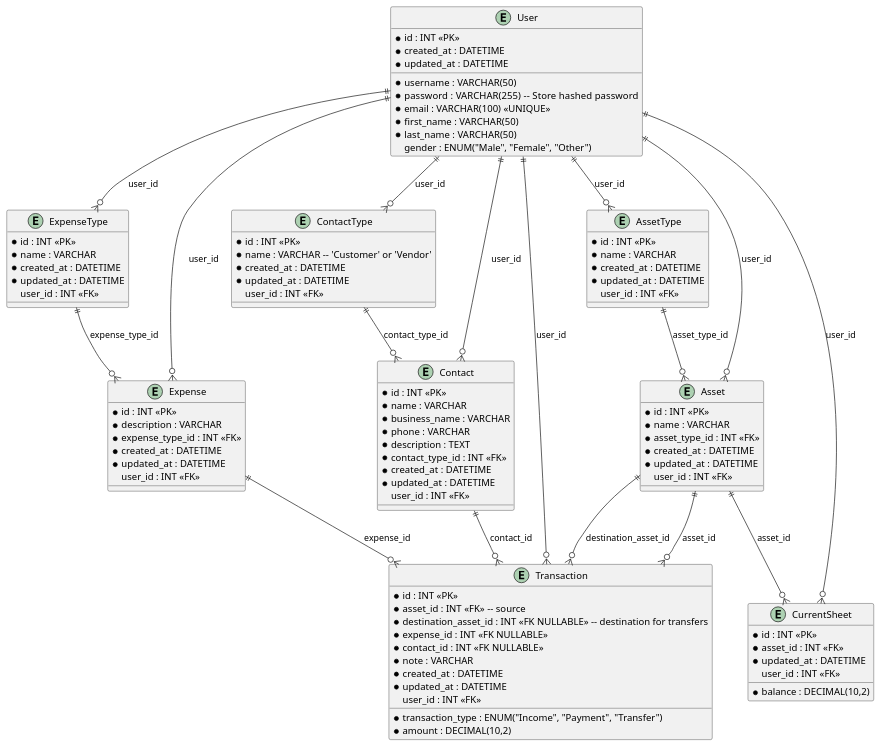
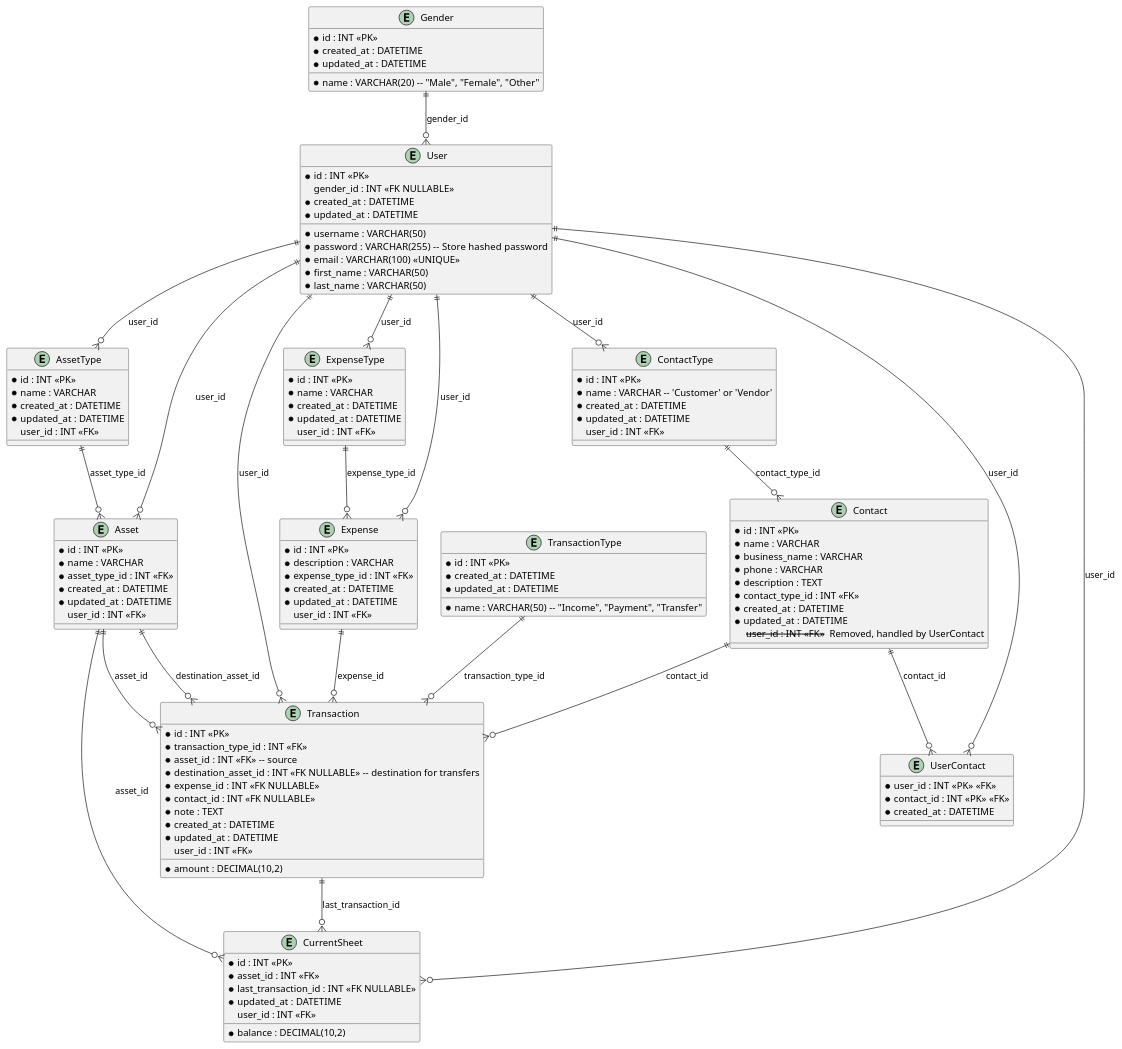
The diagram in docs/er.plantuml (otterdev0341/light-house-banking), drawn with PlantUML before and after one commit. The commit also changed 1 other file, not shown here.

Commit message:
update er

```diff
--- a/docs/er.plantuml
+++ b/docs/er.plantuml
@@ -1,108 +1,147 @@
 @startuml "light-house"
 
 entity AssetType {
   *id : INT <<PK>>
   *name : VARCHAR
   *created_at : DATETIME
   *updated_at : DATETIME
   user_id : INT <<FK>>
 }
 
 entity Asset {
   *id : INT <<PK>>
   *name : VARCHAR
   *asset_type_id : INT <<FK>>
   *created_at : DATETIME
   *updated_at : DATETIME
   user_id : INT <<FK>>
 }
 
 entity ExpenseType {
   *id : INT <<PK>>
   *name : VARCHAR
   *created_at : DATETIME
   *updated_at : DATETIME
   user_id : INT <<FK>>
 }
 
 entity Expense {
   *id : INT <<PK>>
   *description : VARCHAR
   *expense_type_id : INT <<FK>>
   *created_at : DATETIME
   *updated_at : DATETIME
-    user_id : INT <<FK>>
+  user_id : INT <<FK>>
 }
 
 entity ContactType {
   *id : INT <<PK>>
   *name : VARCHAR -- 'Customer' or 'Vendor'
   *created_at : DATETIME
   *updated_at : DATETIME
   user_id : INT <<FK>>
 }
 
 entity Contact {
   *id : INT <<PK>>
   *name : VARCHAR
   *business_name : VARCHAR
   *phone : VARCHAR
   *description : TEXT
   *contact_type_id : INT <<FK>>
   *created_at : DATETIME
   *updated_at : DATETIME
-  user_id : INT <<FK>>
+  -- user_id : INT <<FK>> -- Removed, handled by UserContact
+}
+
+entity TransactionType {
+  *id : INT <<PK>>
+  *name : VARCHAR(50) -- "Income", "Payment", "Transfer"
+  *created_at : DATETIME
+  *updated_at : DATETIME
 }
 
 entity Transaction {
   *id : INT <<PK>>
-  *transaction_type : ENUM("Income", "Payment", "Transfer")
+  *transaction_type_id : INT <<FK>>
   *amount : DECIMAL(10,2)
   *asset_id : INT <<FK>> -- source
   *destination_asset_id : INT <<FK NULLABLE>> -- destination for transfers
   *expense_id : INT <<FK NULLABLE>>
   *contact_id : INT <<FK NULLABLE>>
-  *note : VARCHAR
+  *note : TEXT
   *created_at : DATETIME
   *updated_at : DATETIME
   user_id : INT <<FK>>
 }
 
 entity CurrentSheet {
   *id : INT <<PK>>
   *asset_id : INT <<FK>>
   *balance : DECIMAL(10,2)
+  *last_transaction_id : INT <<FK NULLABLE>>
   *updated_at : DATETIME
   user_id : INT <<FK>>
+}
+
+entity Gender {
+  *id : INT <<PK>>
+  *name : VARCHAR(20) -- "Male", "Female", "Other"
+  *created_at : DATETIME
+  *updated_at : DATETIME
 }
 
 entity User {
   *id : INT <<PK>>
   *username : VARCHAR(50)
   *password : VARCHAR(255)  -- Store hashed password
   *email : VARCHAR(100) <<UNIQUE>>
   *first_name : VARCHAR(50)
   *last_name : VARCHAR(50)
-  gender : ENUM("Male", "Female", "Other")
+  gender_id : INT <<FK NULLABLE>>
   *created_at : DATETIME
   *updated_at : DATETIME
 }
 
+entity UserContact {
+  *user_id : INT <<PK>> <<FK>>
+  *contact_id : INT <<PK>> <<FK>>
+  *created_at : DATETIME
+}
+
+' Relationships
 AssetType ||--o{ Asset : asset_type_id
 ExpenseType ||--o{ Expense : expense_type_id
 ContactType ||--o{ Contact : contact_type_id
+
+' Contact to Transaction (via GeneralTransaction)
 Contact ||--o{ Transaction : contact_id
+
+' Asset to Transaction (source and destination)
 Asset ||--o{ Transaction : asset_id
 Asset ||--o{ Transaction : destination_asset_id
+
+' Expense to Transaction
 Expense ||--o{ Transaction : expense_id
+
+' Asset to CurrentSheet
 Asset ||--o{ CurrentSheet : asset_id
+
+' User to their specific data
 User ||--o{ AssetType : user_id
 User ||--o{ Asset : user_id
 User ||--o{ ExpenseType : user_id
 User ||--o{ Expense : user_id
 User ||--o{ ContactType : user_id
-User ||--o{ Contact : user_id
+' User ||--o{ Contact : user_id -- Replaced by UserContact
 User ||--o{ Transaction : user_id
 User ||--o{ CurrentSheet : user_id
 
+' New Relationships
+TransactionType ||--o{ Transaction : transaction_type_id
+Gender ||--o{ User : gender_id
+User ||--o{ UserContact : user_id
+Contact ||--o{ UserContact : contact_id
+Transaction ||--o{ CurrentSheet : last_transaction_id
+
 @enduml
```
